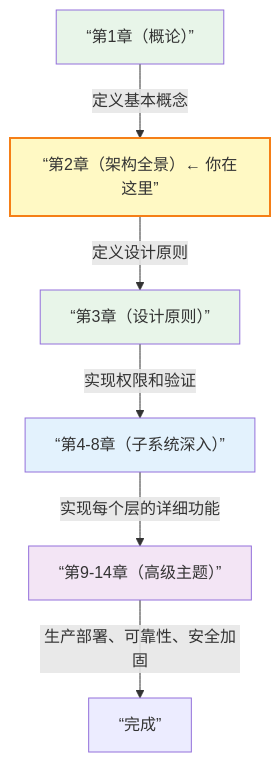
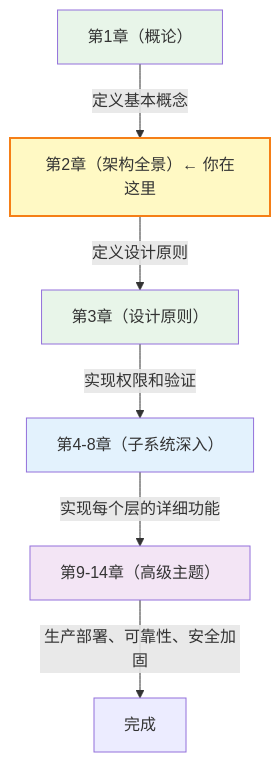
The third of 3 diagrams in 02_architecture/summary.md (yeasy/harness_engineering_guide), drawn with Mermaid before and after one commit. The commit also changed other lines of this file and 23 other files, not shown here.

````diff
--- a/02_architecture/summary.md
+++ b/02_architecture/summary.md
@@ -183,14 +183,14 @@
 ```mermaid
 flowchart TD
-    A[“第1章（概论）”] -->|定义基本概念| B[“第2章（架构全景）← 你在这里”]
-    B -->|定义设计原则| C[“第3章（设计原则）”]
-    C -->|实现权限和验证| D[“第4-8章（子系统深入）”]
-    D -->|实现每个层的详细功能| E[“第9-14章（高级主题）”]
-    E -->|生产部署、可靠性、安全加固| F[“完成”]
+    A["第1章（概论）"] -->|定义基本概念| B["第2章（架构全景）← 你在这里"]
+    B -->|定义设计原则| C["第3章（设计原则）"]
+    C -->|实现权限和验证| D["第4-8章（子系统深入）"]
+    D -->|实现每个层的详细功能| E["第9-14章（高级主题）"]
+    E -->|生产部署、可靠性、安全加固| F["完成"]
 
     style A fill:#e8f5e9
     style B fill:#fff9c4,stroke:#f57f17,stroke-width:2px
     style C fill:#e8f5e9
     style D fill:#e3f2fd
     style E fill:#f3e5f5
 ```
````
